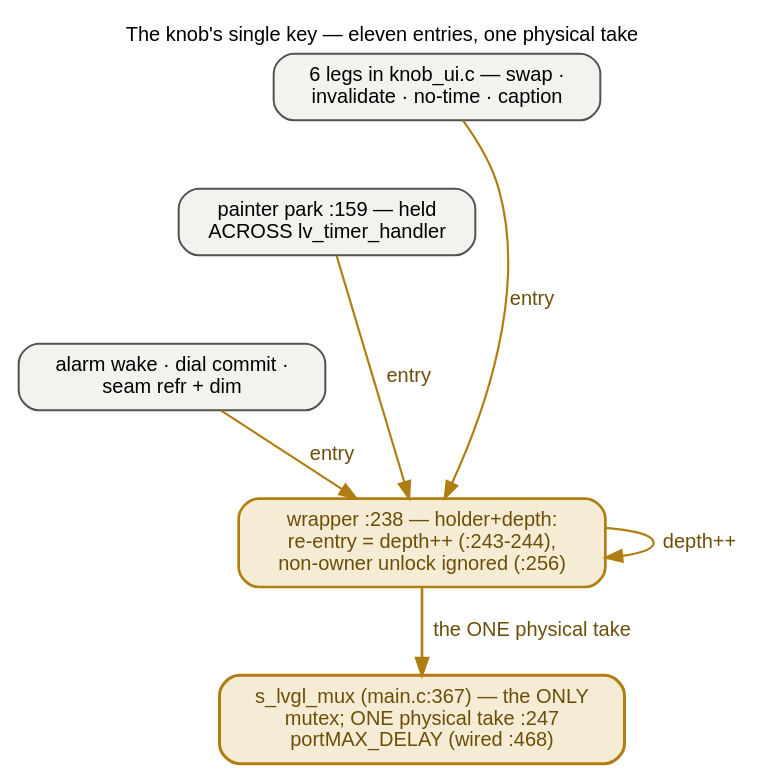
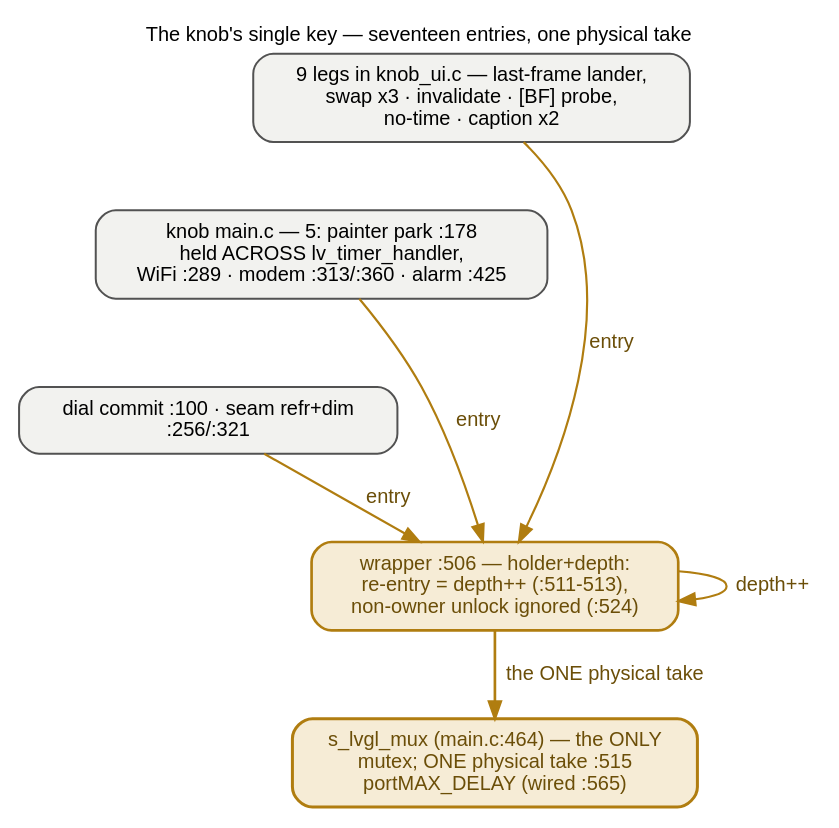
Before and after one commit to ukos-git/moon-clock-esp: the diagram in docs/_graphs/guards-knob.dot, drawn with Graphviz. The commit also changed 8 other files, not shown here.

First line of the commit message:
docs: re-anchor the knob's config + lock ladders to the live source

```diff
--- a/docs/_graphs/guards-knob.dot
+++ b/docs/_graphs/guards-knob.dot
@@ -1,49 +1,51 @@
-// THE KNOB'S ONE KEY opened: a single mutex with ELEVEN wrapper
+// THE KNOB'S ONE KEY opened: a single mutex with SEVENTEEN wrapper
 // entries feeding ONE physical take. s_lvgl_mux is created in knob
-// main.c:367 and handed into the seam at :468 (knob_ui_set_lvgl_lock);
-// knob_ui.c owns the ONLY physical take :247 (portMAX_DELAY) inside a
-// holder+depth wrapper :238 — "a FreeRTOS mutex is NOT recursively
-// takable by its owner" (:231, the 2026-11-10 hub-tap TAP deadlock), so
-// a same-task re-entry is s_lvgl_depth++ (:243-244) and an unlock from
-// a non-owner logs and is ignored (:256-257). The eleven entries,
-// across four files: 6 inside knob_ui.c (swap legs :642/:662/:678,
-// invalidate_all :805, show_no_time :871, caption :901), the painter's
-// park loop main.c:159 held ACROSS lv_timer_handler (10–20 ms), the
-// alarm wake :328, the dial commit knob_dial.c:100, and the seam's two
-// legs knob_moon_render.c:255/:311 (refr + home dim). The knob builds
-// NO panel key at all: moon_ui.c is excluded wholesale (component ui's
-// CMakeLists empties UI_BOARD_SRCS under KNOB_BOARD) and the seam that
-// answers moon_ui.h carries zero mutex tokens — its moon_ui_init is a
-// shim (knob_moon_render.c:161). The guards in black boxes is
-// docs/_graphs/guards.dot (this page); the clocks' two keys are
-// docs/_graphs/guards-keys.dot; the key-free band is
-// docs/_graphs/guards-flags.dot. FONTS: 12 pt = the page's 16 px body
+// main.c:464 and handed into the seam at :565 (knob_ui_set_lvgl_lock);
+// knob_ui.c owns the ONLY physical take :515 (portMAX_DELAY) inside a
+// holder+depth wrapper :506 — "a FreeRTOS mutex is NOT recursively
+// takable by its owner" (:499-500, the 2026-11-10 hub-tap TAP deadlock), so
+// a same-task re-entry is s_lvgl_depth++ (:512) and an unlock from
+// a non-owner logs and is ignored (:525). The seventeen entries,
+// across four files: 9 inside knob_ui.c (the last-frame lander's flush
+// :447, swap legs :925/:945/:964, invalidate_all :1092, the [BF] probe
+// :1170, show_no_time :1200, show_moon's caption :1244/:1250), knob
+// main.c's five (the painter's park loop :178 held ACROSS
+// lv_timer_handler (10–20 ms), the transient-WiFi arm :289, the two
+// modem-sleep swaps :313/:360, the alarm wake :425), the dial commit
+// knob_dial.c:100, and the seam's two legs knob_moon_render.c:256/:321
+// (refr + home dim). The knob builds NO panel key at all: moon_ui.c is
+// excluded wholesale (component ui's CMakeLists empties UI_BOARD_SRCS
+// under KNOB_BOARD) and the seam that answers moon_ui.h carries zero
+// mutex tokens — its moon_ui_init is a shim (knob_moon_render.c:162).
+// The guards in black boxes is docs/_graphs/guards.dot (this page); the
+// clocks' two keys are docs/_graphs/guards-keys.dot; the key-free band
+// is docs/_graphs/guards-flags.dot. FONTS: 12 pt = the page's 16 px body
 // text at 1:1 — kept inside the content column.
 // Rendered inline as SVG by sphinx.ext.graphviz (dot on PATH).
 digraph guards_knob {
     rankdir=TB;
-    label="The knob's single key — eleven entries, one physical take";
+    label="The knob's single key — seventeen entries, one physical take";
     labelloc="t"; labeljust="c";
     fontname="Helvetica"; fontsize=12;
     graph [nodesep=0.4, ranksep=0.55];
     node [fontname="Helvetica", fontsize=12, shape=box, style="rounded,filled",
           width=0, height=0, margin="0.16,0.10", fillcolor="#f2f2ef",
           color="#525252", penwidth=1.2];
     edge [fontname="Helvetica", fontsize=12, color="#b07d10", penwidth=1.3, fontcolor="#6b4e08"];
 
-    e_ku [label="6 legs in knob_ui.c — swap ·\ninvalidate · no-time · caption"];
-    e_park [label="painter park :159 — held\nACROSS lv_timer_handler"];
-    e_mixed [label="alarm wake · dial commit ·\nseam refr + dim"];
-    wrapper [label="wrapper :238 — holder+depth:\nre-entry = depth++ (:243-244),\nnon-owner unlock ignored (:256)",
+    e_ku [label="9 legs in knob_ui.c — last-frame lander,\nswap x3 · invalidate · [BF] probe,\nno-time · caption x2"];
+    e_main [label="knob main.c — 5: painter park :178\nheld ACROSS lv_timer_handler,\nWiFi :289 · modem :313/:360 · alarm :425"];
+    e_mixed [label="dial commit :100 · seam refr+dim\n:256/:321"];
+    wrapper [label="wrapper :506 — holder+depth:\nre-entry = depth++ (:511-513),\nnon-owner unlock ignored (:524)",
              fillcolor="#f6ecd6", color="#b07d10", fontcolor="#6b4e08", penwidth=1.6];
-    mux [label="s_lvgl_mux (main.c:367) — the ONLY\nmutex; ONE physical take :247\nportMAX_DELAY (wired :468)",
+    mux [label="s_lvgl_mux (main.c:464) — the ONLY\nmutex; ONE physical take :515\nportMAX_DELAY (wired :565)",
          fillcolor="#f6ecd6", color="#b07d10", fontcolor="#6b4e08", penwidth=1.8];
 
-    e_ku -> e_park [style=invis];
-    e_park -> e_mixed [style=invis];
+    e_ku -> e_main [style=invis];
+    e_main -> e_mixed [style=invis];
     e_ku -> wrapper [label="entry"];
-    e_park -> wrapper [label="entry"];
+    e_main -> wrapper [label="entry"];
     e_mixed -> wrapper [label="entry"];
     wrapper -> mux [penwidth=1.6, label="the ONE physical take"];
     wrapper -> wrapper [label="depth++"];
 }
```
